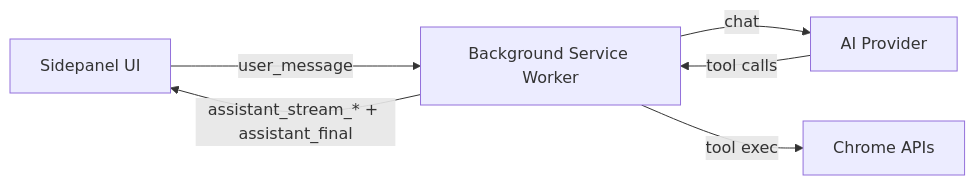
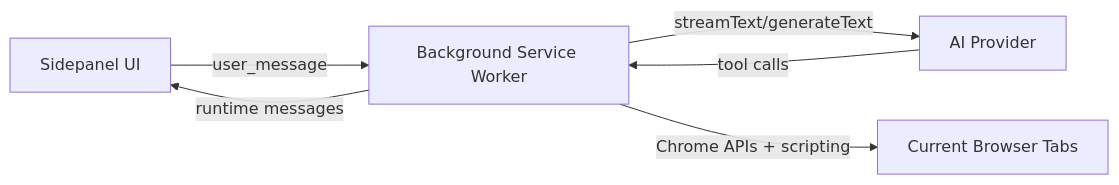
One commit to Emansecio/Glide changed the diagram in README.md. Above: the diagram before and after it, drawn with Mermaid. The commit also changed other lines of this file and 13 other files, not shown here.

````diff
--- a/README.md
+++ b/README.md
@@ -14,8 +22,8 @@
 ```mermaid
 flowchart LR
   UI[Sidepanel UI] -->|user_message| BG[Background Service Worker]
-  BG -->|chat| LLM[AI Provider]
+  BG -->|streamText/generateText| LLM[AI Provider]
   LLM -->|tool calls| BG
-  BG -->|tool exec| Browser[Chrome APIs]
-  BG -->|assistant_stream_* + assistant_final| UI
+  BG -->|Chrome APIs + scripting| WEB[Current Browser Tabs]
+  BG -->|runtime messages| UI
 ```
````
